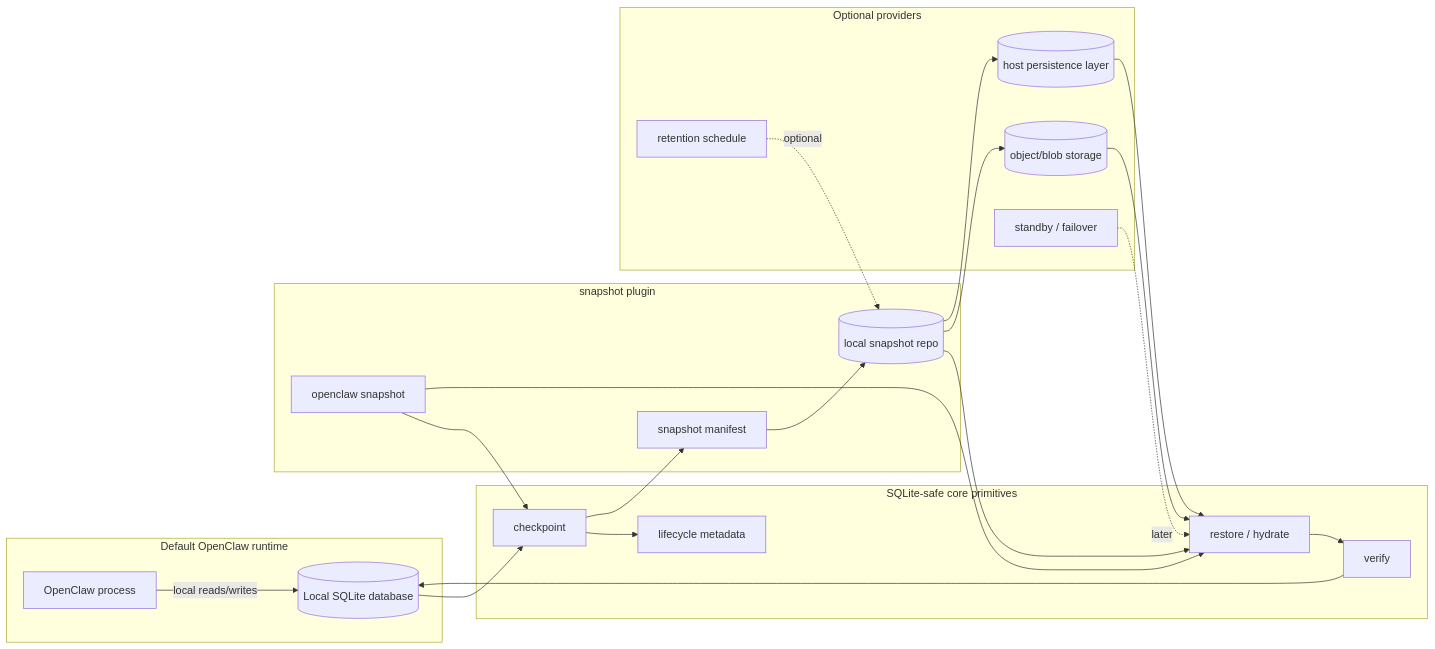
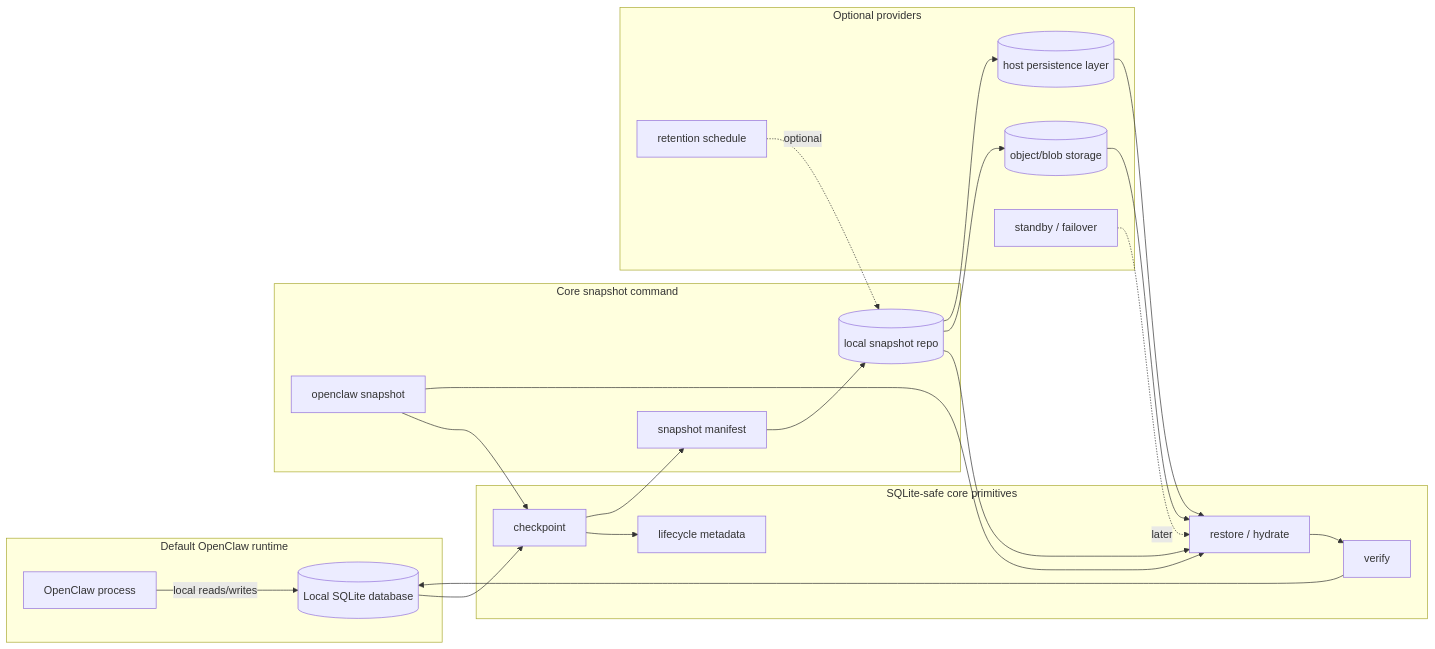
One commit to openclaw/rfcs changed the diagram in rfcs/0013-cloud-serializable-sqlite-state.md. Above: the diagram before and after it, drawn with Mermaid. The commit also changed other lines of this file, not shown here.

Commit message:
make snapshot RFC a core command proposal

````diff
--- a/rfcs/0013-cloud-serializable-sqlite-state.md
+++ b/rfcs/0013-cloud-serializable-sqlite-state.md
@@ -189,44 +183,44 @@
 ```mermaid
 flowchart LR
   subgraph Runtime[Default OpenClaw runtime]
     App[OpenClaw process]
     DB[(Local SQLite database)]
     App -->|local reads/writes| DB
   end
 
   subgraph Core[SQLite-safe core primitives]
     Checkpoint[checkpoint]
     Verify[verify]
     Restore[restore / hydrate]
     Metadata[lifecycle metadata]
   end
 
-  subgraph Plugin[snapshot plugin]
+  subgraph Command[Core snapshot command]
     Cmd[openclaw snapshot]
     Manifest[snapshot manifest]
     LocalRepo[(local snapshot repo)]
   end
 
   subgraph Providers[Optional providers]
     Object[(object/blob storage)]
     Host[(host persistence layer)]
     Retention[retention schedule]
     Failover[standby / failover]
   end
 
   DB --> Checkpoint
   Checkpoint --> Metadata
   Checkpoint --> Manifest
   Cmd --> Checkpoint
   Cmd --> Restore
   Manifest --> LocalRepo
   LocalRepo --> Restore
   LocalRepo --> Object
   LocalRepo --> Host
   Object --> Restore
   Host --> Restore
   Restore --> Verify
   Verify --> DB
   Retention -. optional .-> LocalRepo
   Failover -. later .-> Restore
 ```
````
